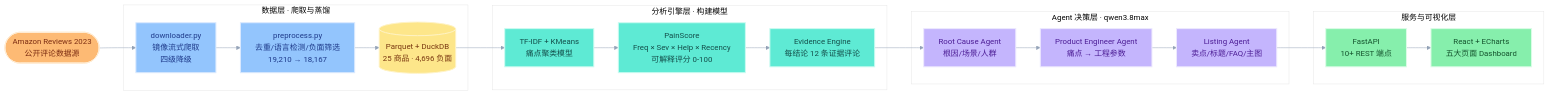
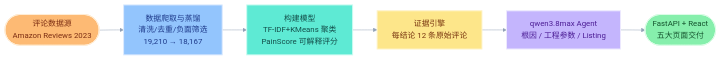
One commit to ibh4/Review2Product changed the first of 3 diagrams in README.md. Above: the diagram before and after it, drawn with Mermaid. The commit also changed other lines of this file, not shown here.

Commit message:
docs: 简化架构图与Agent工作流 mermaid（横版 6-7 节点单链）

````diff
--- a/README.md
+++ b/README.md
@@ -66,37 +66,19 @@
 ```mermaid
 %%{init: {"theme": "base", "themeVariables": {"fontFamily": "Inter, Microsoft YaHei, sans-serif", "background": "#FFFFFF", "primaryColor": "#F8FAFC", "primaryTextColor": "#1E293B", "primaryBorderColor": "#CBD5E1", "lineColor": "#94A3B8"}}}%%
 flowchart LR
-    SRC(["Amazon Reviews 2023<br/>公开评论数据源"]):::input
+    A(["评论数据源<br/>Amazon Reviews 2023"]):::input
+    B["数据爬取与蒸馏<br/>清洗/去重/负面筛选<br/>19,210 → 18,167"]:::data
+    C["构建模型<br/>TF-IDF+KMeans 聚类<br/>PainScore 可解释评分"]:::engine
+    D["证据引擎<br/>每结论 12 条原始评论"]:::store
+    E["qwen3.8max Agent<br/>根因 / 工程参数 / Listing"]:::agent
+    F(["FastAPI + React<br/>五大页面交付"]):::output
 
-    subgraph DATA["数据层 · 爬取与蒸馏"]
-        DL["downloader.py<br/>镜像流式爬取<br/>四级降级"]:::data
-        PP["preprocess.py<br/>去重/语言检测/负面筛选<br/>19,210 → 18,167"]:::data
-        DB[("Parquet + DuckDB<br/>25 商品 · 4,696 负面")]:::store
-    end
-
-    subgraph ENGINE["分析引擎层 · 构建模型"]
-        CL["TF-IDF + KMeans<br/>痛点聚类模型"]:::engine
-        PS["PainScore<br/>Freq × Sev × Help × Recency<br/>可解释评分 0-100"]:::engine
-        EV["Evidence Engine<br/>每结论 12 条证据评论"]:::engine
-    end
-
-    subgraph AGENT["Agent 决策层 · qwen3.8max"]
-        RC["Root Cause Agent<br/>根因/场景/人群"]:::agent
-        PE["Product Engineer Agent<br/>痛点 → 工程参数"]:::agent
-        LA["Listing Agent<br/>卖点/标题/FAQ/主图"]:::agent
-    end
-
-    subgraph SERVE["服务与可视化层"]
-        API["FastAPI<br/>10+ REST 端点"]:::serve
-        UI["React + ECharts<br/>五大页面 Dashboard"]:::serve
-    end
-
-    SRC --> DL --> PP --> DB --> CL --> PS --> EV --> RC --> PE --> LA --> API --> UI
+    A --> B --> C --> D --> E --> F
 
     classDef input fill:#FDBA74,stroke:#FFEDD5,color:#7C2D12,stroke-width:2px;
     classDef data fill:#93C5FD,stroke:#DBEAFE,color:#1E3A8A,stroke-width:2px;
+    classDef engine fill:#5EEAD4,stroke:#CCFBF1,color:#134E4A,stroke-width:2px;
     classDef store fill:#FDE68A,stroke:#FEF3C7,color:#78350F,stroke-width:2px;
-    classDef engine fill:#5EEAD4,stroke:#CCFBF1,color:#134E4A,stroke-width:2px;
     classDef agent fill:#C4B5FD,stroke:#EDE9FE,color:#4C1D95,stroke-width:2px;
-    classDef serve fill:#86EFAC,stroke:#DCFCE7,color:#14532D,stroke-width:2px;
+    classDef output fill:#86EFAC,stroke:#DCFCE7,color:#14532D,stroke-width:2px;
 ```
````
